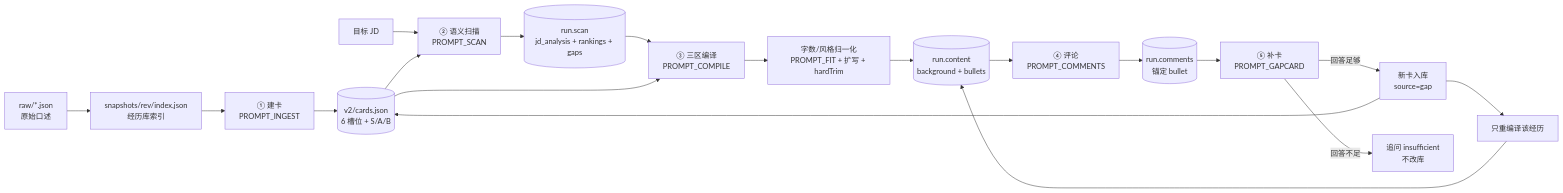
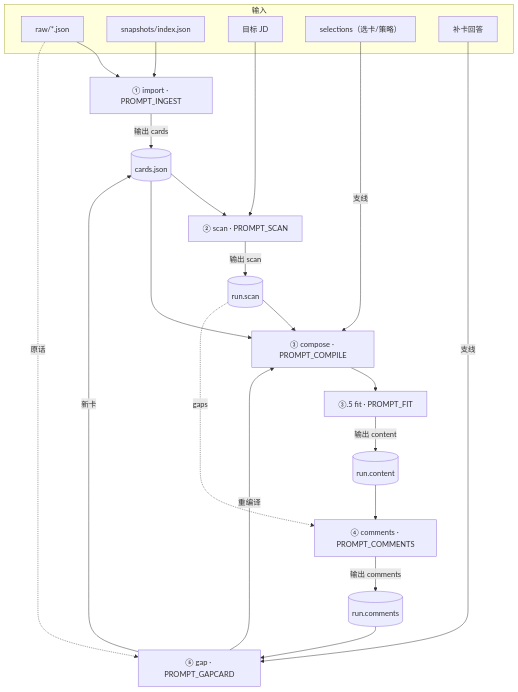
Before and after one commit to AsteriaAnna/Resume-Workbench: the first of 6 diagrams in prototype/docs/MODEL-CHAIN.md, drawn with Mermaid. The commit also changed other lines of this file and 14 other files, not shown here.

Commit message:
docs: 链路图改为内嵌 PNG，补充每阶段输入/输出与支线输入说明

````diff
--- a/prototype/docs/MODEL-CHAIN.md
+++ b/prototype/docs/MODEL-CHAIN.md
@@ -19,21 +21,39 @@
 ```mermaid
-flowchart LR
-  RAW[raw/*.json<br/>原始口述] --> SNAP[snapshots/rev/index.json<br/>经历库索引]
-  SNAP --> IMPORT[① 建卡<br/>PROMPT_INGEST]
-  IMPORT --> CARDS[(v2/cards.json<br/>6 槽位 + S/A/B)]
-  JD[目标 JD] --> SCAN[② 语义扫描<br/>PROMPT_SCAN]
+flowchart TB
+  subgraph IN["输入"]
+    RAW["raw/*.json"]
+    SNAP["snapshots/index.json"]
+    JD["目标 JD"]
+    SEL["selections（选卡/策略）"]
+    ANS["补卡回答"]
+  end
+  IMP["① import · PROMPT_INGEST"]
+  CARDS[("cards.json")]
+  SCAN["② scan · PROMPT_SCAN"]
+  RUN1[("run.scan")]
+  COMP["③ compose · PROMPT_COMPILE"]
+  FIT["③.5 fit · PROMPT_FIT"]
+  RUN2[("run.content")]
+  CMT["④ comments · PROMPT_COMMENTS"]
+  RUN3[("run.comments")]
+  GAP["⑤ gap · PROMPT_GAPCARD"]
+  RAW --> IMP
+  SNAP --> IMP
+  IMP -->|"输出 cards"| CARDS
+  JD --> SCAN
   CARDS --> SCAN
-  SCAN --> SCANOUT[(run.scan<br/>jd_analysis + rankings + gaps)]
-  SCANOUT --> COMPOSE[③ 三区编译<br/>PROMPT_COMPILE]
-  CARDS --> COMPOSE
-  COMPOSE --> FIT[字数/风格归一化<br/>PROMPT_FIT + 扩写 + hardTrim]
-  FIT --> CONTENT[(run.content<br/>background + bullets)]
-  CONTENT --> COMMENTS[④ 评论<br/>PROMPT_COMMENTS]
-  COMMENTS --> CMT[(run.comments<br/>锚定 bullet)]
-  CMT --> GAP[⑤ 补卡<br/>PROMPT_GAPCARD]
-  GAP -->|回答足够| NEWCARD[新卡入库<br/>source=gap]
-  NEWCARD --> CARDS
-  GAP -->|回答不足| FOLLOW[追问 insufficient<br/>不改库]
-  NEWCARD --> RECOMPILE[只重编译该经历]
-  RECOMPILE --> CONTENT
+  SCAN -->|"输出 scan"| RUN1
+  RUN1 --> COMP
+  CARDS --> COMP
+  SEL -->|"支线"| COMP
+  COMP --> FIT
+  FIT -->|"输出 content"| RUN2
+  RUN2 --> CMT
+  RUN1 -.->|"gaps"| CMT
+  CMT -->|"输出 comments"| RUN3
+  RUN3 --> GAP
+  ANS -->|"支线"| GAP
+  RAW -.->|"原话"| GAP
+  GAP -->|"新卡"| CARDS
+  GAP -->|"重编译"| COMP
 ```
````
